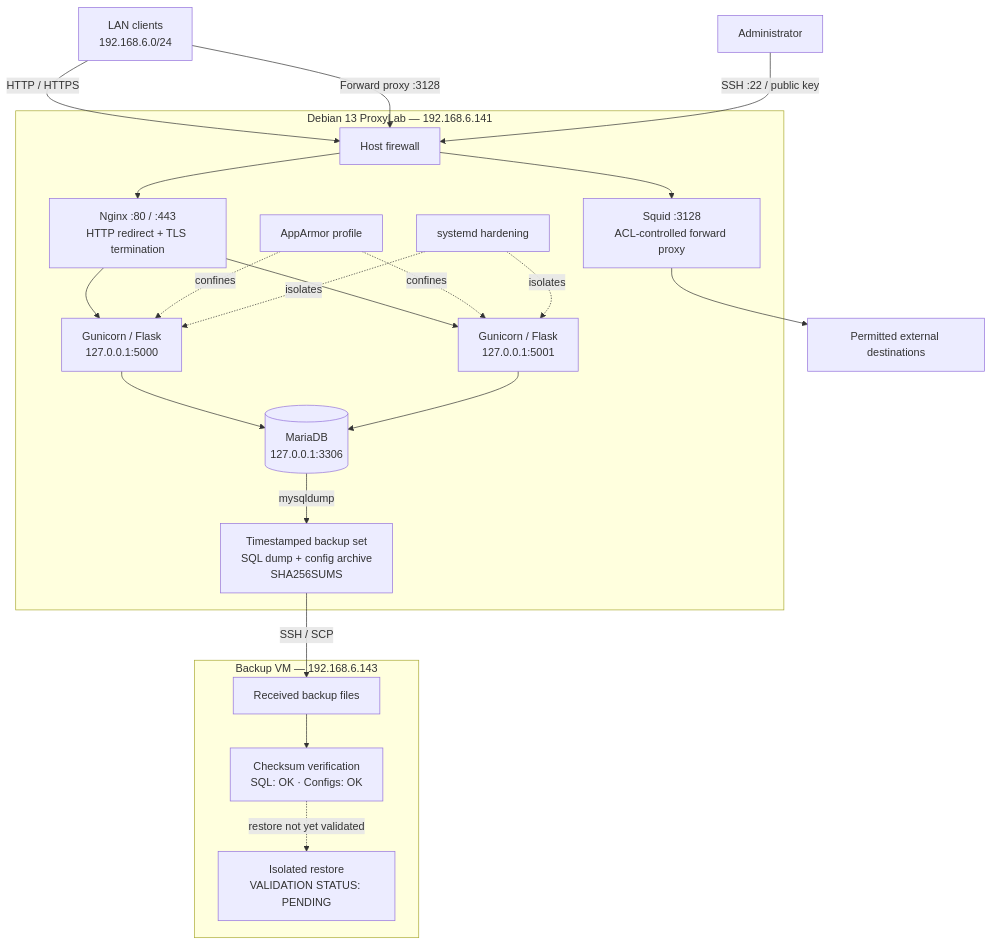
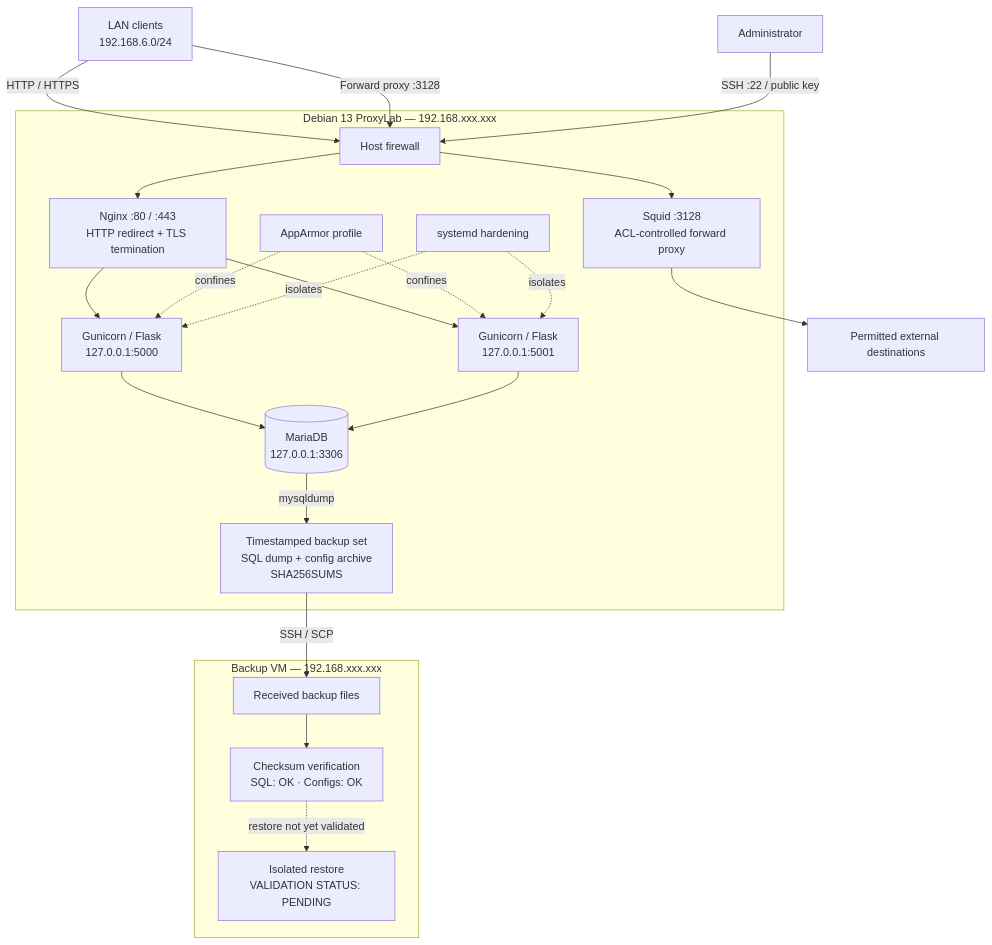
The diagram in README.md (Rash499/ProxyLab), drawn with Mermaid before and after one commit.

Commit message:
Mask VM IP addresses in main architecture diagram

````diff
--- a/README.md
+++ b/README.md
@@ -11,28 +11,28 @@
 ```mermaid
 flowchart TB
   Client["LAN clients<br/>192.168.6.0/24"] -->|"HTTP / HTTPS"| FW["Host firewall"]
   Client -->|"Forward proxy :3128"| FW
   Admin["Administrator"] -->|"SSH :22 / public key"| FW
-  subgraph VM["Debian 13 ProxyLab — 192.168.6.141"]
+  subgraph VM["Debian 13 ProxyLab — 192.168.xxx.xxx"]
     FW --> N["Nginx :80 / :443<br/>HTTP redirect + TLS termination"]
     FW --> S["Squid :3128<br/>ACL-controlled forward proxy"]
     N --> B1["Gunicorn / Flask<br/>127.0.0.1:5000"]
     N --> B2["Gunicorn / Flask<br/>127.0.0.1:5001"]
     B1 --> DB[("MariaDB<br/>127.0.0.1:3306")]
     B2 --> DB
     AA["AppArmor profile"] -. confines .-> B1
     AA -. confines .-> B2
     SD["systemd hardening"] -. isolates .-> B1
     SD -. isolates .-> B2
     DB -->|"mysqldump"| BK["Timestamped backup set<br/>SQL dump + config archive<br/>SHA256SUMS"]
   end
   S --> Internet["Permitted external destinations"]
-  subgraph Recovery["Backup VM — 192.168.6.143"]
+  subgraph Recovery["Backup VM — 192.168.xxx.xxx"]
     DST["Received backup files"]
     VERIFY["Checksum verification<br/>SQL: OK · Configs: OK"]
     RESTORE["Isolated restore<br/>VALIDATION STATUS: PENDING"]
     DST --> VERIFY
     VERIFY -. "restore not yet validated" .-> RESTORE
   end
   BK -->|"SSH / SCP"| DST
 ```
````
